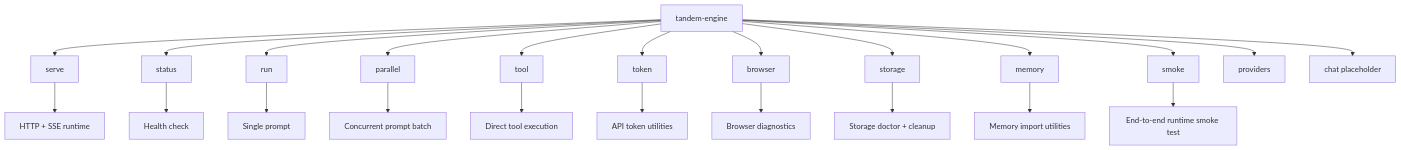
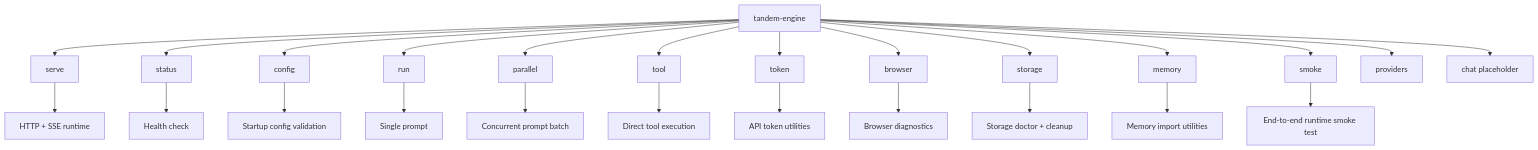
Before and after one commit to frumu-ai/tandem: the diagram in guide/src/content/docs/reference/engine-commands.md, drawn with Mermaid. The commit also changed other lines of this file and 6 other files, not shown here.

Commit message:
TAN-225 add startup config validation

````diff
--- a/guide/src/content/docs/reference/engine-commands.md
+++ b/guide/src/content/docs/reference/engine-commands.md
@@ -9,26 +9,28 @@
 ```mermaid
 flowchart TD
   ROOT[tandem-engine] --> SERVE[serve]
   ROOT --> STATUS[status]
+  ROOT --> CONFIG[config]
   ROOT --> RUN[run]
   ROOT --> PAR[parallel]
   ROOT --> TOOL[tool]
   ROOT --> TOKEN[token]
   ROOT --> BROWSER[browser]
   ROOT --> STORAGE[storage]
   ROOT --> MEMORY[memory]
   ROOT --> SMOKE[smoke]
   ROOT --> PROV[providers]
   ROOT --> CHAT[chat placeholder]
 
   SERVE --> API[HTTP + SSE runtime]
   STATUS --> HEALTH[Health check]
+  CONFIG --> CFG[Startup config validation]
   RUN --> ONE[Single prompt]
   PAR --> MANY[Concurrent prompt batch]
   TOOL --> DIRECT[Direct tool execution]
   TOKEN --> AUTH[API token utilities]
   BROWSER --> DIAG[Browser diagnostics]
   STORAGE --> CLEAN[Storage doctor + cleanup]
   MEMORY --> IMPORT[Memory import utilities]
   SMOKE --> E2E[End-to-end runtime smoke test]
 ```
````
